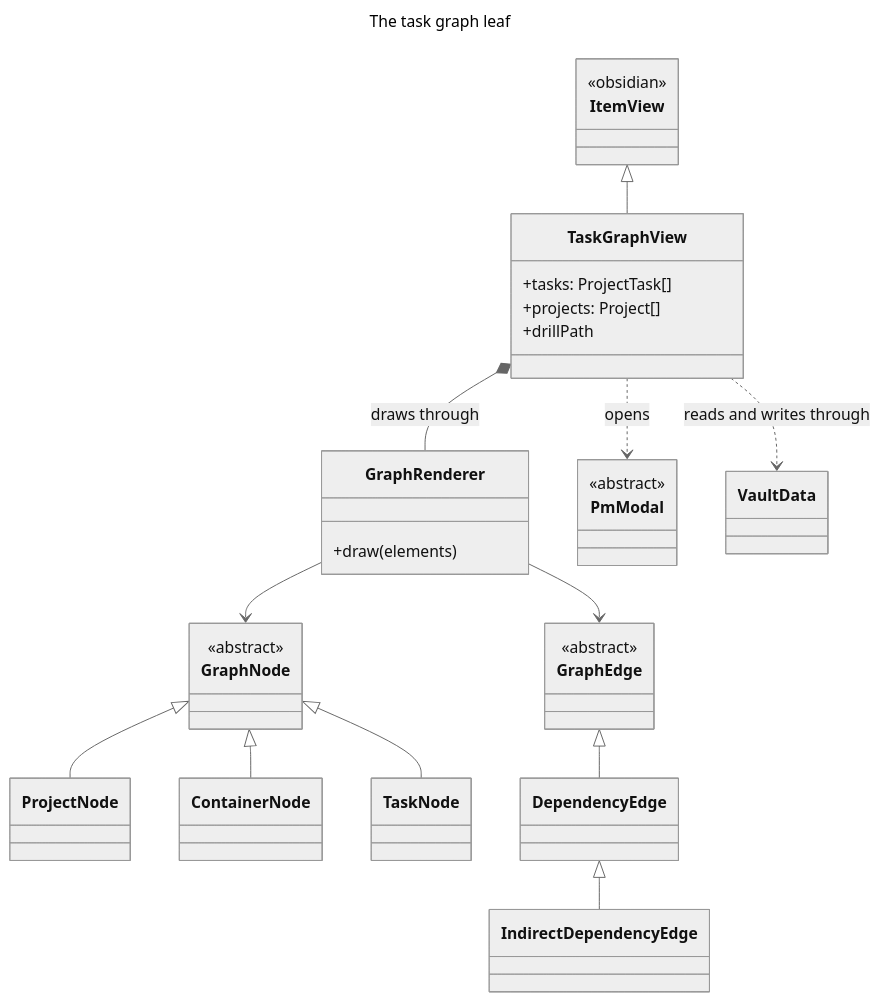
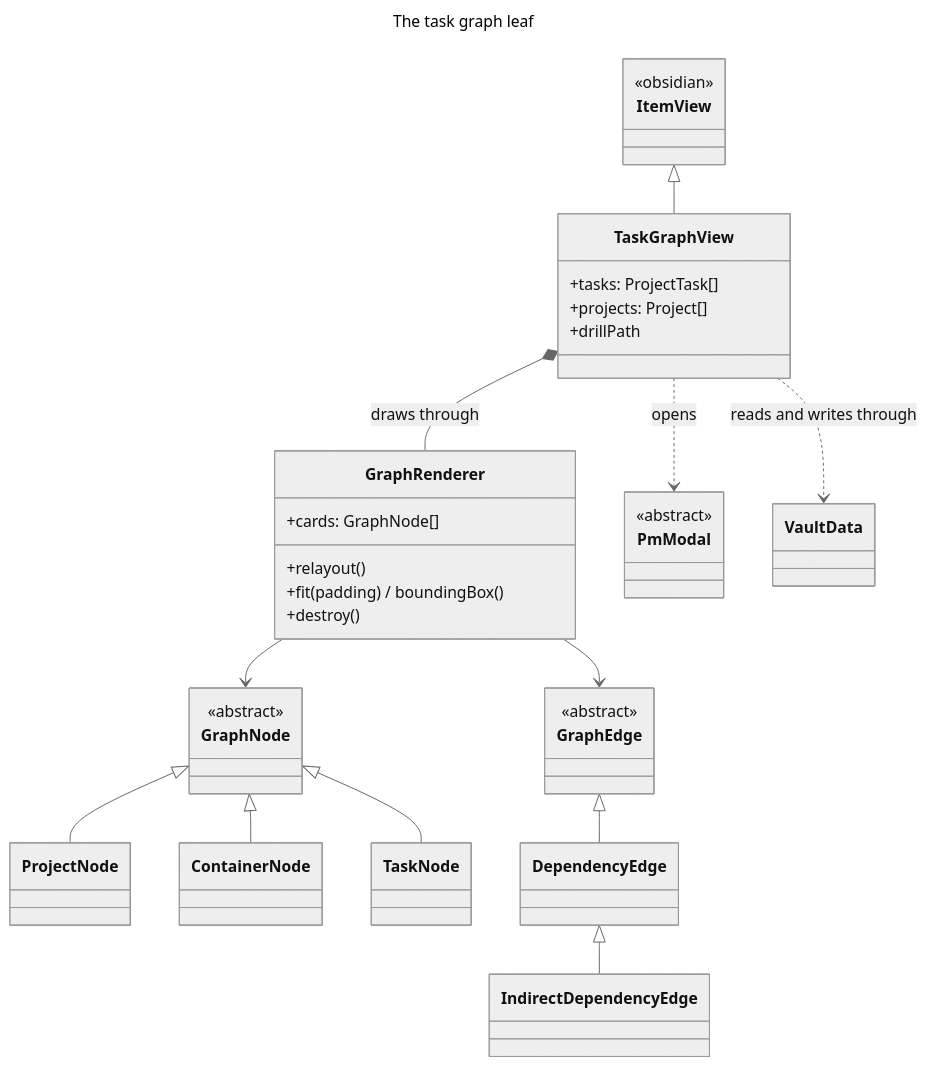
One commit to Laurent-Ferier/pm-compass changed the diagram in docs/technical/diagrams/ui-graph.mmd. Above: the diagram before and after it, drawn with Mermaid (neutral theme). The commit also changed 104 other files, not shown here.

```diff
--- a/docs/technical/diagrams/ui-graph.mmd
+++ b/docs/technical/diagrams/ui-graph.mmd
@@ -1,40 +1,43 @@
 ---
 title: The task graph leaf
 ---
 classDiagram
   direction TB
 
   class ItemView {
     <<obsidian>>
   }
 
   class TaskGraphView {
     +tasks: ProjectTask[]
     +projects: Project[]
     +drillPath
   }
   class GraphRenderer {
-    +draw(elements)
+    +cards: GraphNode[]
+    +relayout()
+    +fit(padding) / boundingBox()
+    +destroy()
   }
   class GraphNode {
     <<abstract>>
   }
   class GraphEdge {
     <<abstract>>
   }
   class PmModal {
     <<abstract>>
   }
 
   ItemView <|-- TaskGraphView
   GraphNode <|-- ProjectNode
   GraphNode <|-- ContainerNode
   GraphNode <|-- TaskNode
   GraphEdge <|-- DependencyEdge
   DependencyEdge <|-- IndirectDependencyEdge
 
   TaskGraphView *-- GraphRenderer : draws through
   GraphRenderer --> GraphNode
   GraphRenderer --> GraphEdge
   TaskGraphView ..> PmModal : opens
   TaskGraphView ..> VaultData : reads and writes through
```
